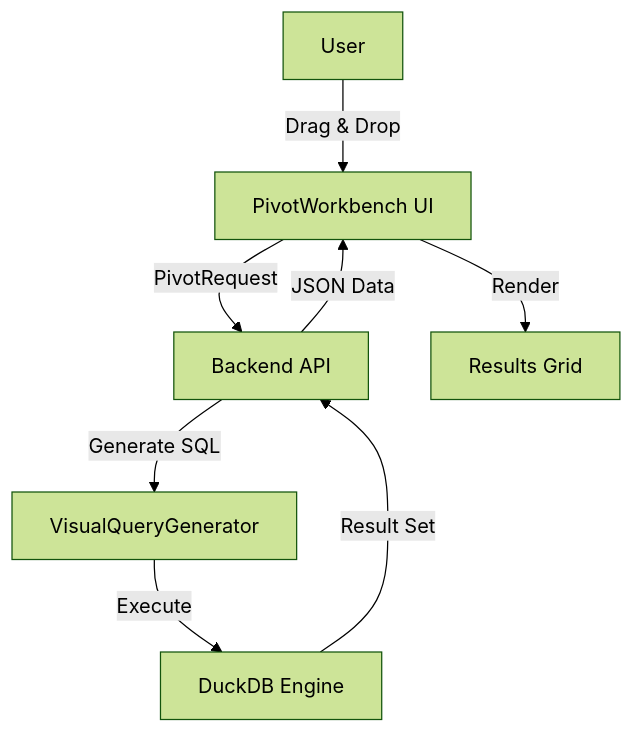
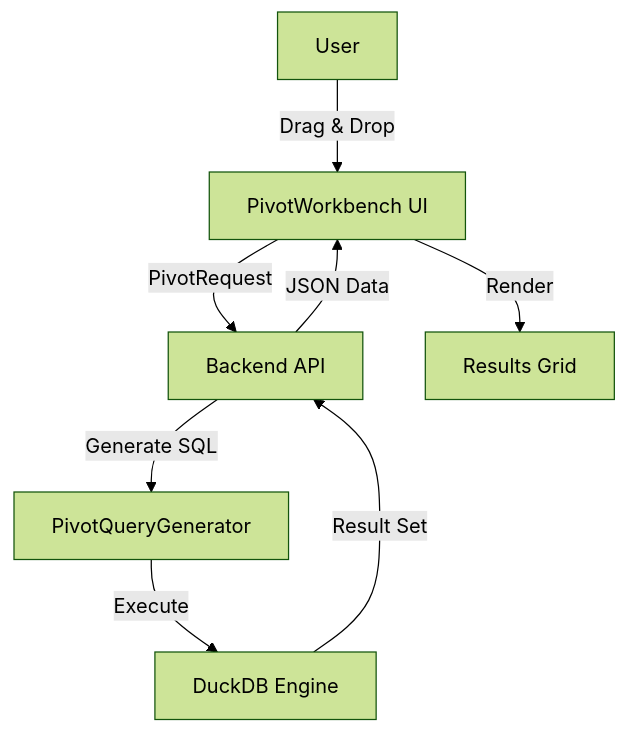
One commit to Chenkeliang/duckdb-query changed the diagram in .kiro/specs/pivot-table/design.md. Above: the diagram before and after it, drawn with Mermaid (forest theme). The commit also changed other lines of this file and 247 other files, not shown here.

First line of the commit message:
chore: remove legacy visual-query paths and obsolete docs

````diff
--- a/.kiro/specs/pivot-table/design.md
+++ b/.kiro/specs/pivot-table/design.md
@@ -6,10 +6,10 @@
 ```mermaid
 graph TD
     User[User] -->|Drag & Drop| Frontend[PivotWorkbench UI]
     Frontend -->|PivotRequest| API[Backend API]
-    API -->|Generate SQL| Generator[VisualQueryGenerator]
+    API -->|Generate SQL| Generator[PivotQueryGenerator]
     Generator -->|Execute| DuckDB[DuckDB Engine]
     DuckDB -->|Result Set| API
     API -->|JSON Data| Frontend
     Frontend -->|Render| Grid[Results Grid]
 ```
````
